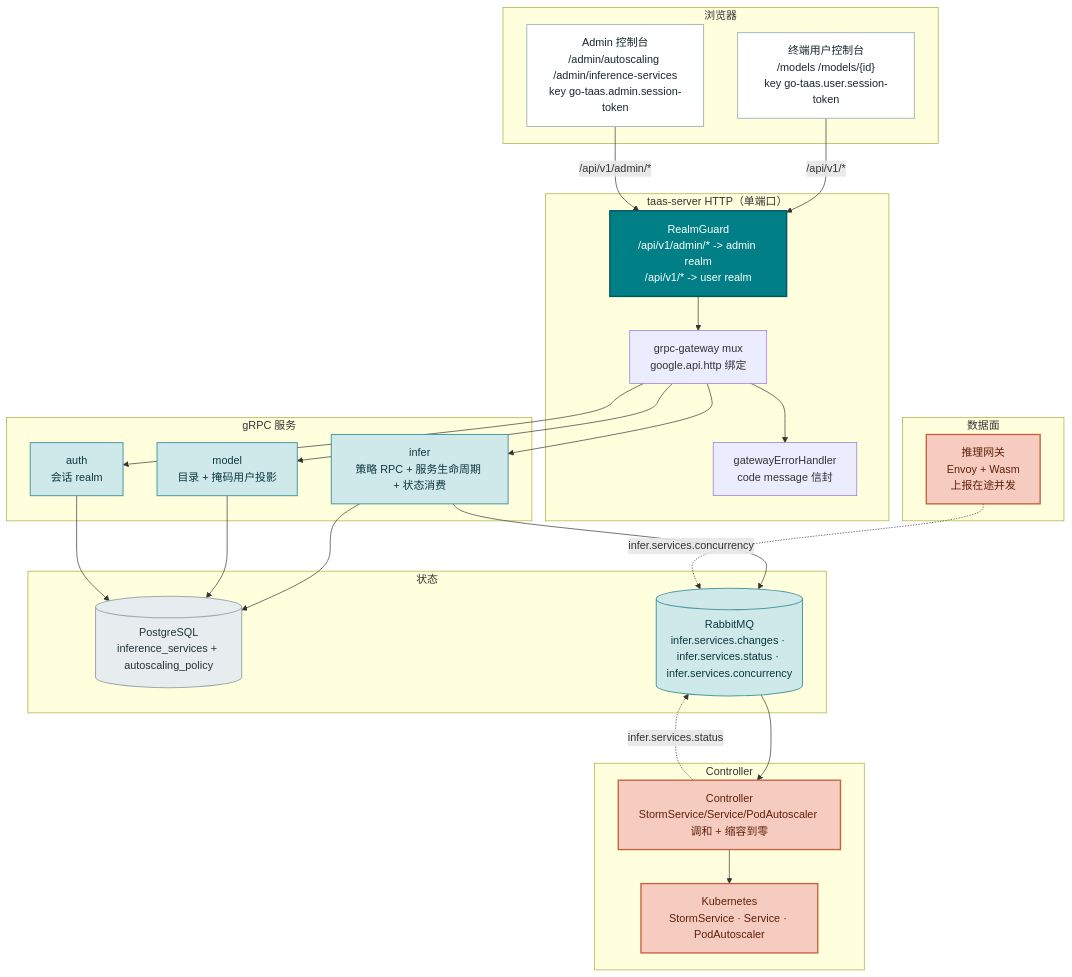
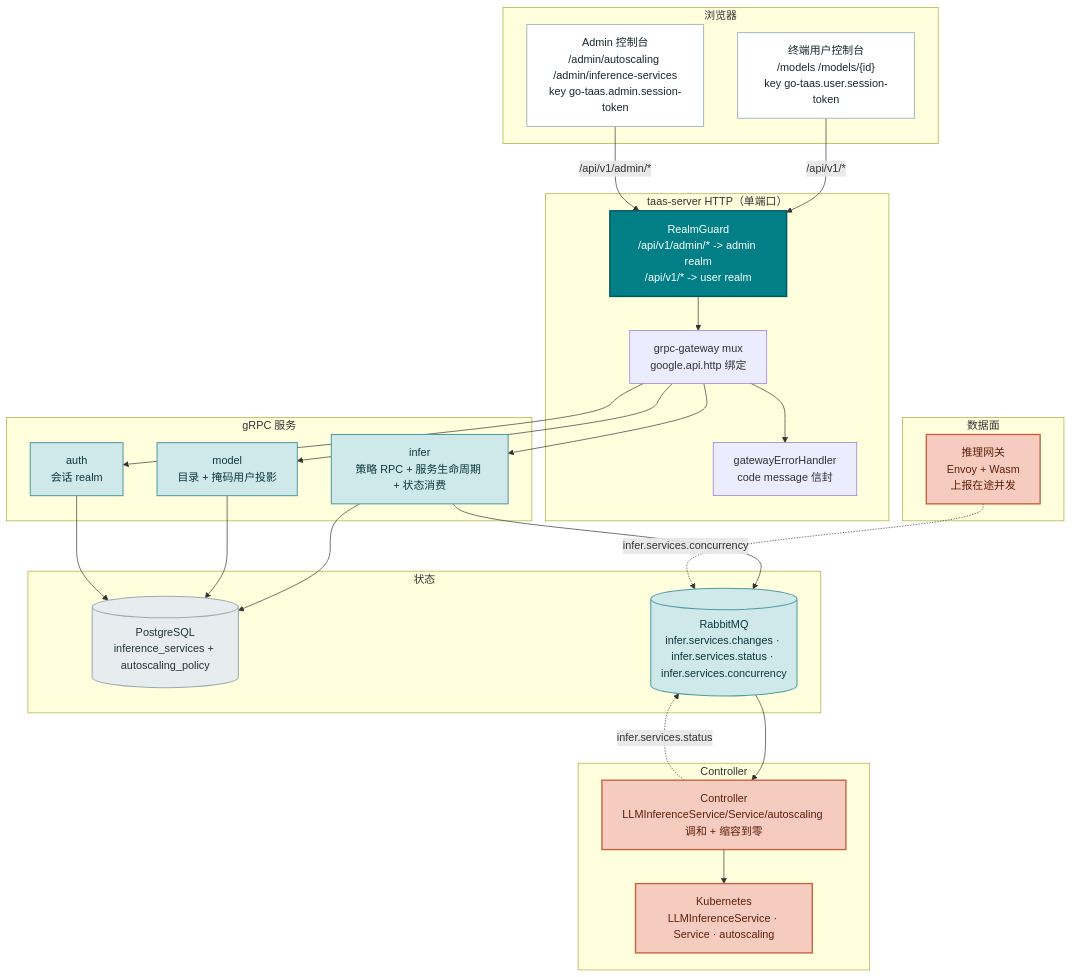
The first of 5 diagrams in site/docs/architecture/inference-autoscaling.zh-cn.md (go-taas/go-taas), drawn with Mermaid before and after one commit. The commit also changed other lines of this file and 151 other files, not shown here.

````diff
--- a/site/docs/architecture/inference-autoscaling.zh-cn.md
+++ b/site/docs/architecture/inference-autoscaling.zh-cn.md
@@ -79,59 +79,59 @@
 ```mermaid
 flowchart TD
     subgraph browsers["浏览器"]
         UC["终端用户控制台<br/>/models /models/{id}<br/>key go-taas.user.session-token"]
         AC["Admin 控制台<br/>/admin/autoscaling /admin/inference-services<br/>key go-taas.admin.session-token"]
     end
 
     subgraph gateway["taas-server HTTP（单端口）"]
         GUARD["RealmGuard<br/>/api/v1/admin/* -> admin realm<br/>/api/v1/* -> user realm"]
         MUX["grpc-gateway mux<br/>google.api.http 绑定"]
         ERR["gatewayErrorHandler<br/>code message 信封"]
     end
 
     subgraph services["gRPC 服务"]
         INFER["infer<br/>策略 RPC + 服务生命周期 + 状态消费"]
         MODEL["model<br/>目录 + 掩码用户投影"]
         AUTH["auth<br/>会话 realm"]
     end
 
     subgraph stores["状态"]
         PG[("PostgreSQL<br/>inference_services + autoscaling_policy")]
         MQ[("RabbitMQ<br/>infer.services.changes · infer.services.status · infer.services.concurrency")]
     end
 
     subgraph ctrl["Controller"]
-        CTRL["Controller<br/>StormService/Service/PodAutoscaler 调和 + 缩容到零"]
-        K8S["Kubernetes<br/>StormService · Service · PodAutoscaler"]
+        CTRL["Controller<br/>LLMInferenceService/Service/autoscaling 调和 + 缩容到零"]
+        K8S["Kubernetes<br/>LLMInferenceService · Service · autoscaling"]
     end
 
     subgraph dp["数据面"]
         DGW["推理网关<br/>Envoy + Wasm<br/>上报在途并发"]
     end
 
     UC -->|"/api/v1/*"| GUARD
     AC -->|"/api/v1/admin/*"| GUARD
     GUARD --> MUX
     MUX --> ERR
     MUX --> INFER
     MUX --> MODEL
     MUX --> AUTH
     INFER --> PG
     INFER --> MQ
     MODEL --> PG
     AUTH --> PG
     MQ --> CTRL
     CTRL --> K8S
     DGW -.->|"infer.services.concurrency"| MQ
     CTRL -.->|"infer.services.status"| MQ
     classDef consumer fill:#FFFFFF,stroke:#A9BABD,stroke-width:1.5px,color:#17272B
     classDef edge fill:#007F86,stroke:#00565C,stroke-width:2px,color:#FFFFFF
     classDef svc fill:#CFE9EA,stroke:#4E9CA0,stroke-width:1.5px,color:#0B383D
     classDef store fill:#E7ECEE,stroke:#9AACB1,stroke-width:1.5px,color:#23343A
     classDef dpg fill:#F6CCC0,stroke:#C4623F,stroke-width:2px,color:#5F200A
     class UC,AC consumer
     class GUARD edge
     class INFER,MODEL,AUTH,MQ svc
     class PG store
     class CTRL,K8S,DGW dpg
 ```
````
